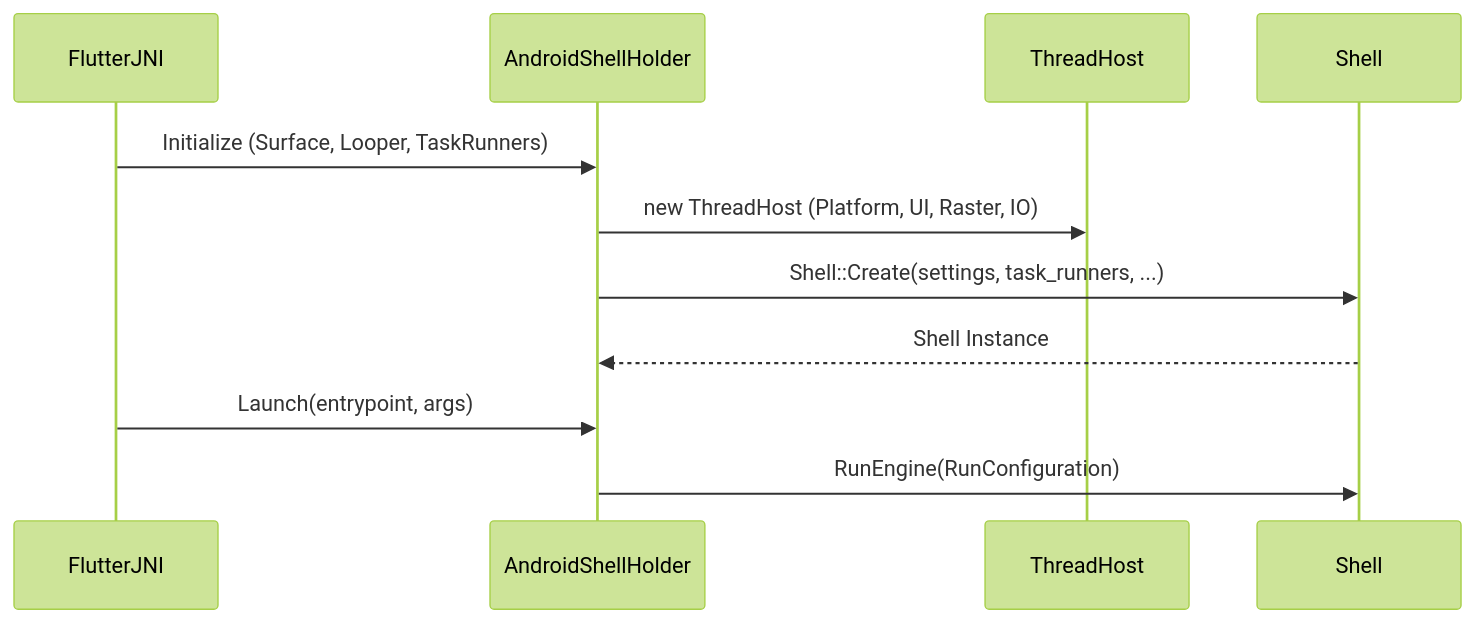
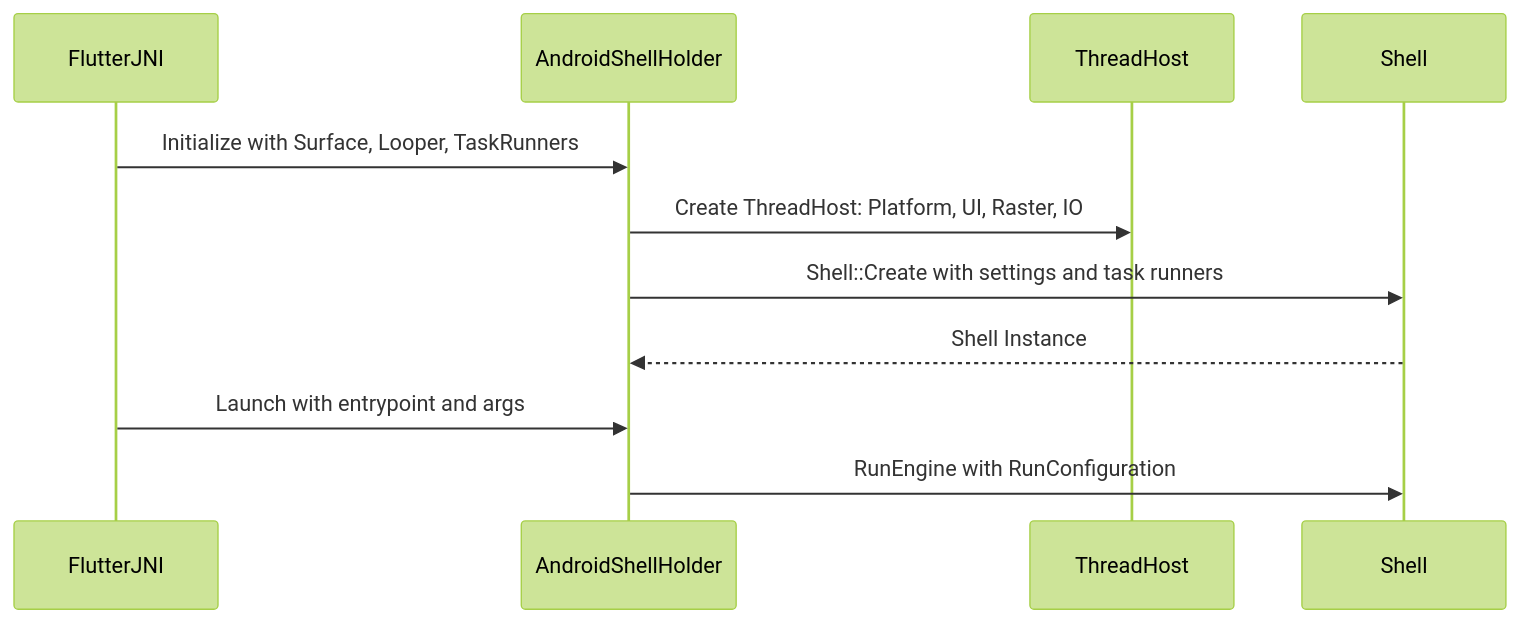
The second of 12 diagrams in rfc/410.0000-flutter-android-embedder-c-api-migration.md (mboetger/rfc), drawn with Mermaid (forest theme) before and after one commit. The commit also changed other lines of this file, not shown here.

Commit message:
docs(rfc): remove parentheses from mermaid diagrams to ensure robust rendering

````diff
--- a/rfc/410.0000-flutter-android-embedder-c-api-migration.md
+++ b/rfc/410.0000-flutter-android-embedder-c-api-migration.md
@@ -192,14 +192,14 @@
 ```mermaid
 sequenceDiagram
     participant FlutterJNI
     participant AndroidShellHolder
     participant ThreadHost
     participant Shell
 
-    FlutterJNI->>AndroidShellHolder: Initialize (Surface, Looper, TaskRunners)
-    AndroidShellHolder->>ThreadHost: new ThreadHost (Platform, UI, Raster, IO)
-    AndroidShellHolder->>Shell: Shell::Create(settings, task_runners, ...)
+    FlutterJNI->>AndroidShellHolder: Initialize with Surface, Looper, TaskRunners
+    AndroidShellHolder->>ThreadHost: Create ThreadHost: Platform, UI, Raster, IO
+    AndroidShellHolder->>Shell: Shell::Create with settings and task runners
     Shell-->>AndroidShellHolder: Shell Instance
-    FlutterJNI->>AndroidShellHolder: Launch(entrypoint, args)
-    AndroidShellHolder->>Shell: RunEngine(RunConfiguration)
+    FlutterJNI->>AndroidShellHolder: Launch with entrypoint and args
+    AndroidShellHolder->>Shell: RunEngine with RunConfiguration
 ```
````
